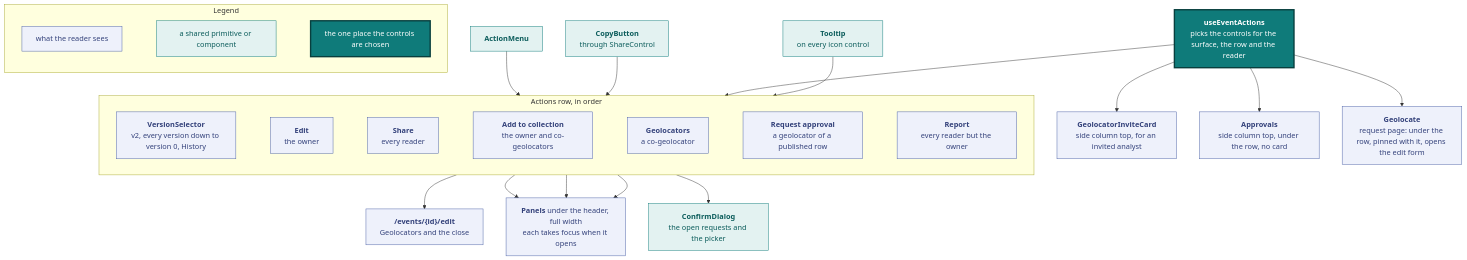
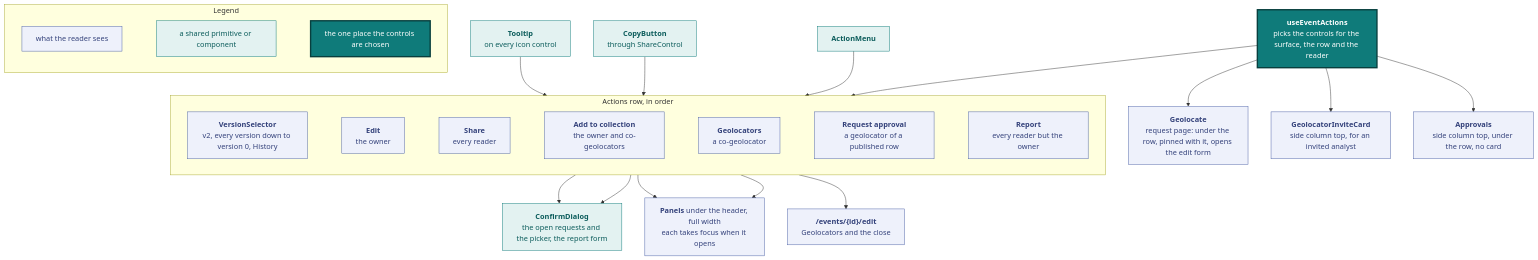
The eighth of 15 diagrams in docs/design.md (vidithq/vidit), drawn with Mermaid before and after one commit. The commit also changed other lines of this file and 2 other files, not shown here.

First line of the commit message:
docs: describe the form and edit mode primitives in design and the palette

````diff
--- a/docs/design.md
+++ b/docs/design.md
@@ -826,67 +825,67 @@
 ```mermaid
 flowchart TB
   classDef spec fill:#eef1fb,stroke:#4a5fa5,color:#33417a
   classDef shared fill:#e3f2f1,stroke:#0f7b7a,color:#0b5c5b
   classDef core fill:#0f7b7a,stroke:#083f3e,stroke-width:3px,color:#ffffff
 
   subgraph legend [Legend]
     direction LR
     l1["`what the reader sees`"]:::spec
     l2["`a shared primitive or component`"]:::shared
     l3["`the one place the controls are chosen`"]:::core
     l1 ~~~ l2 ~~~ l3
   end
 
   hook["`**useEventActions**
   picks the controls for the surface, the row and the reader`"]:::core
 
   subgraph header [Actions row, in order]
     direction LR
     versions["`**VersionSelector**
     v2, every version down to version 0, History`"]:::spec
     edit["`**Edit**
     the owner`"]:::spec
     share["`**Share**
     every reader`"]:::spec
     collect["`**Add to collection**
     the owner and co-geolocators`"]:::spec
     credit["`**Geolocators**
     a co-geolocator`"]:::spec
     ask["`**Request approval**
     a geolocator of a published row`"]:::spec
     report["`**Report**
     every reader but the owner`"]:::spec
     versions ~~~ edit ~~~ share ~~~ collect ~~~ credit ~~~ ask ~~~ report
   end
 
   menu["`**ActionMenu**`"]:::shared
   copy["`**CopyButton**
   through ShareControl`"]:::shared
   tooltip["`**Tooltip**
   on every icon control`"]:::shared
   editpage["`**/events/{id}/edit**
   Geolocators and the close`"]:::spec
   panels["`**Panels** under the header, full width
   each takes focus when it opens`"]:::spec
   invite["`**GeolocatorInviteCard**
   side column top, for an invited analyst`"]:::spec
   approvals["`**Approvals**
   side column top, under the row, no card`"]:::spec
   dialog["`**ConfirmDialog**
-  the open requests and the picker`"]:::shared
+  the open requests and the picker, the report form`"]:::shared
   geolocate["`**Geolocate**
   request page: under the row, pinned with it, opens the edit form`"]:::spec
 
   hook --> header
   hook --> approvals
   hook --> invite
   hook --> geolocate
   menu --> versions
   copy --> share
   tooltip --> header
   edit --> editpage
   collect --> panels
   credit --> panels
   ask --> dialog
-  report --> panels
+  report --> dialog
 ```
````
